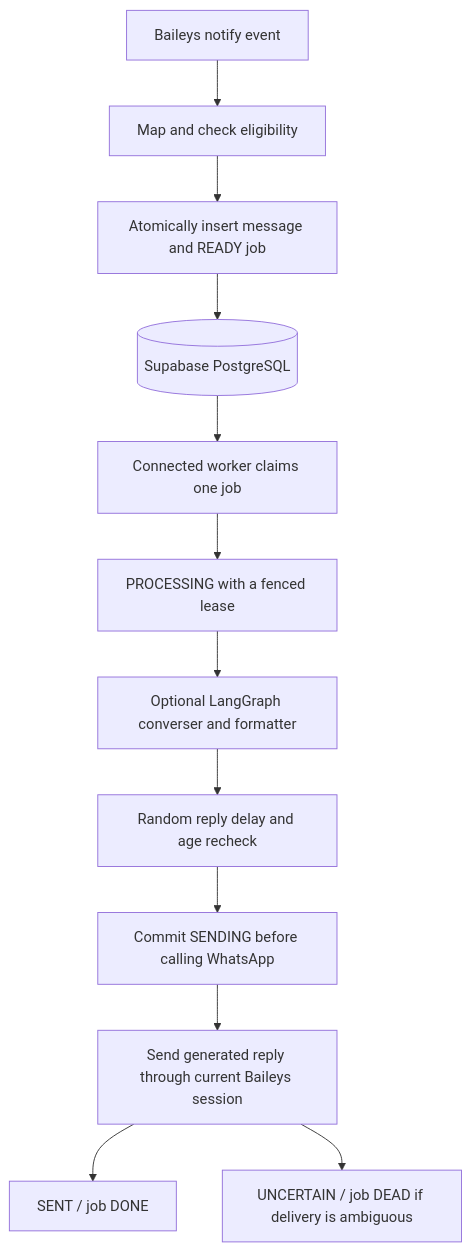
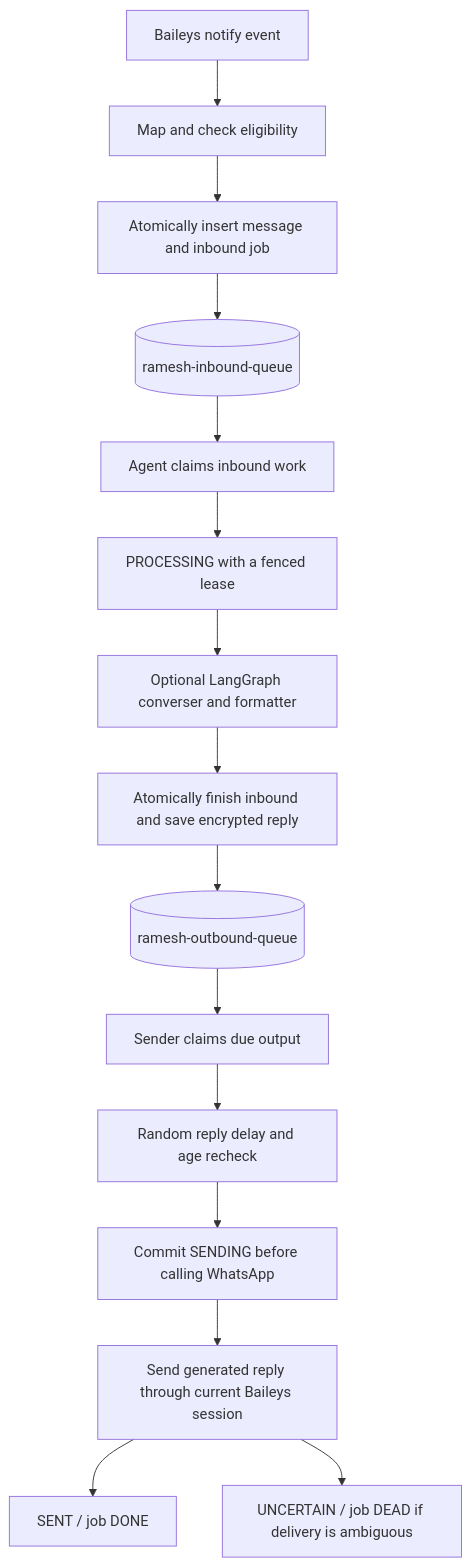
One commit to rs0125/ramesh-bot changed the diagram in docs/supabase-message-queue.md. Above: the diagram before and after it, drawn with Mermaid. The commit also changed other lines of this file and 12 other files, not shown here.

Commit message:
feat(queue): separate durable inbound and outbound pipelines

````diff
--- a/docs/supabase-message-queue.md
+++ b/docs/supabase-message-queue.md
@@ -20,14 +21,17 @@
 ```mermaid
 flowchart TD
     Event[Baileys notify event] --> Map[Map and check eligibility]
-    Map --> Save[Atomically insert message and READY job]
-    Save --> Store[(Supabase PostgreSQL)]
-    Store --> Claim[Connected worker claims one job]
+    Map --> Save[Atomically insert message and inbound job]
+    Save --> Inbound[(ramesh-inbound-queue)]
+    Inbound --> Claim[Agent claims inbound work]
     Claim --> Processing[PROCESSING with a fenced lease]
     Processing --> Agent[Optional LangGraph converser and formatter]
-    Agent --> Delay[Random reply delay and age recheck]
+    Agent --> Handoff[Atomically finish inbound and save encrypted reply]
+    Handoff --> Outbound[(ramesh-outbound-queue)]
+    Outbound --> Sender[Sender claims due output]
+    Sender --> Delay[Random reply delay and age recheck]
     Delay --> Marker[Commit SENDING before calling WhatsApp]
     Marker --> Send[Send generated reply through current Baileys session]
     Send --> Success[SENT / job DONE]
     Send --> Uncertain[UNCERTAIN / job DEAD if delivery is ambiguous]
 ```
````
